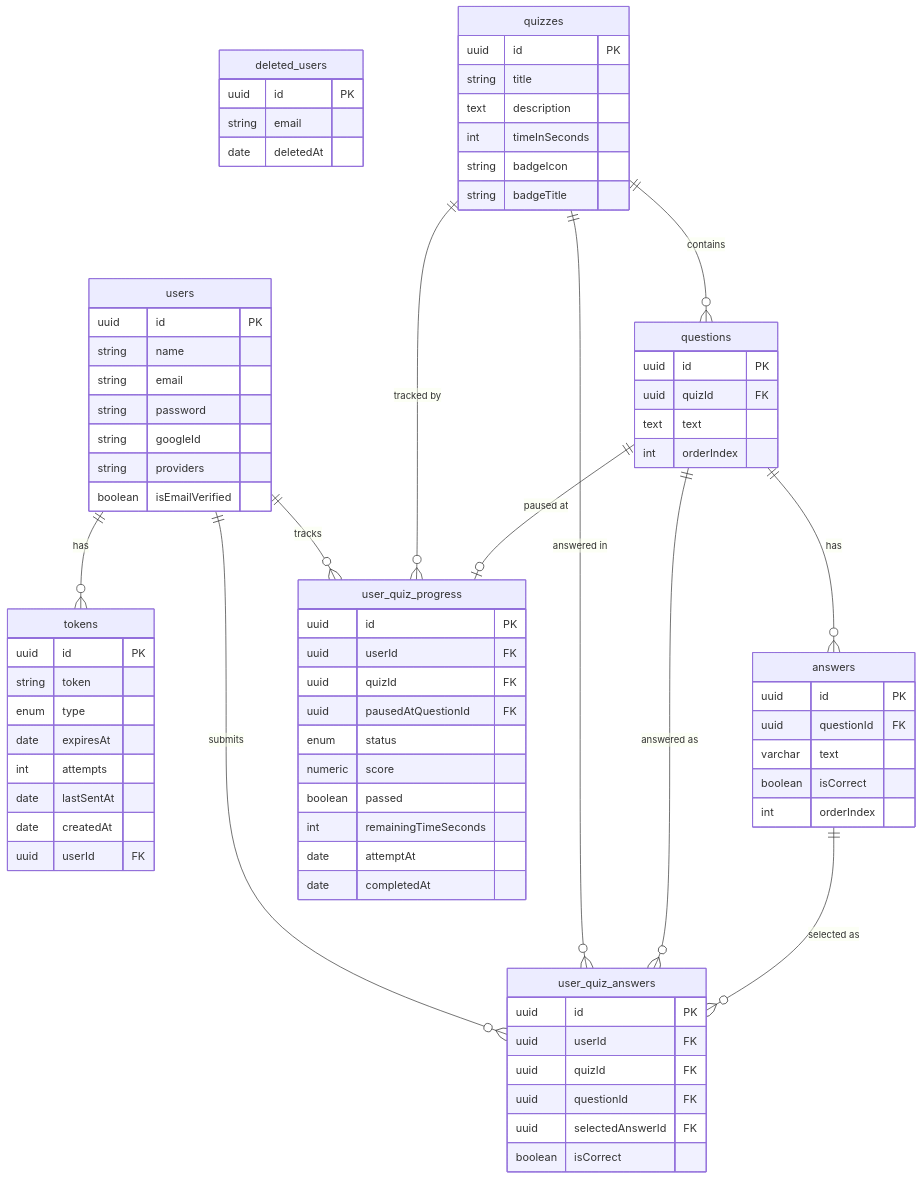
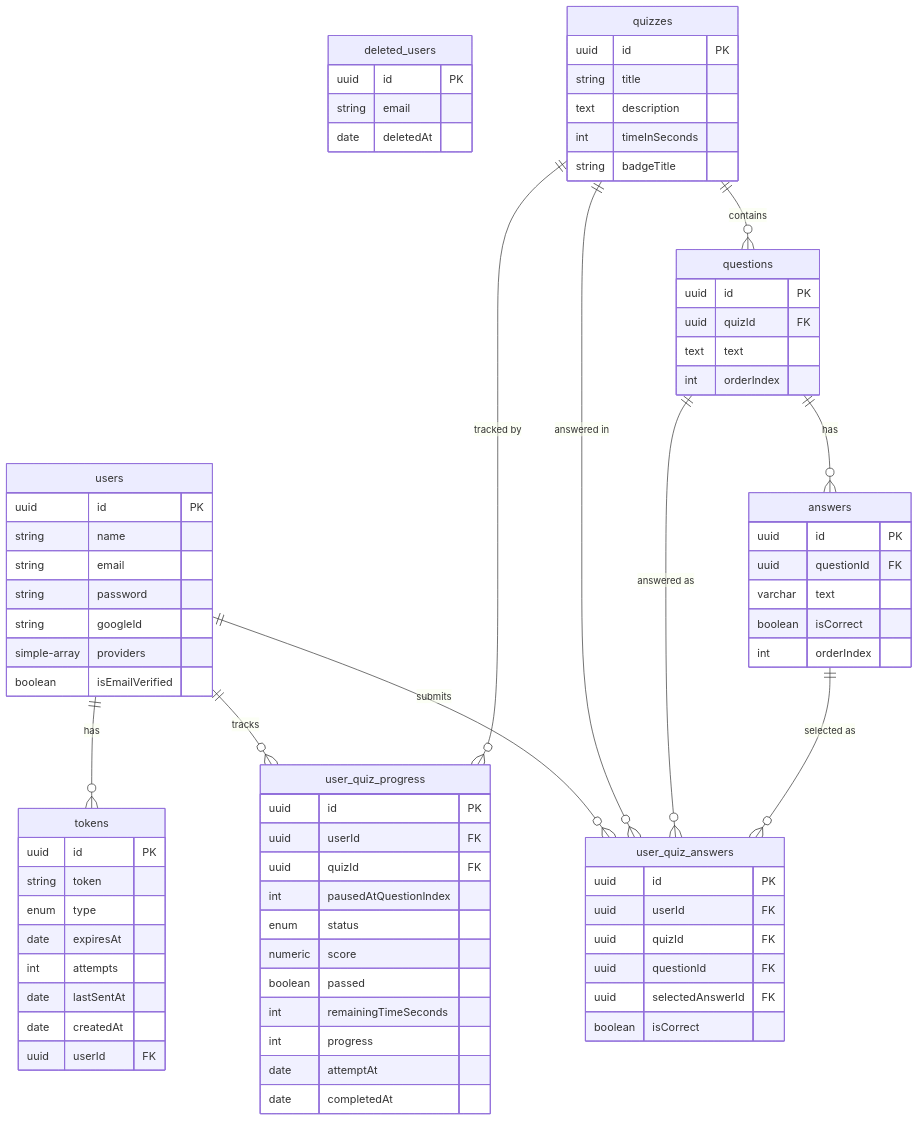
The fifth of 5 diagrams in README.md (Ahmed-Elgammal-900/Quiz-App-Back-End), drawn with Mermaid before and after one commit. The commit also changed other lines of this file and 1 other file, not shown here.

````diff
--- a/README.md
+++ b/README.md
@@ -485,79 +494,78 @@
 ```mermaid
 erDiagram
   users {
     uuid id PK
     string name
     string email
     string password
     string googleId
-    string providers
+    simple-array providers
     boolean isEmailVerified
   }
   tokens {
     uuid id PK
     string token
     enum type
     date expiresAt
     int attempts
     date lastSentAt
     date createdAt
     uuid userId FK
   }
   deleted_users {
     uuid id PK
     string email
     date deletedAt
   }
   quizzes {
     uuid id PK
     string title
     text description
     int timeInSeconds
-    string badgeIcon
     string badgeTitle
   }
   questions {
     uuid id PK
     uuid quizId FK
     text text
     int orderIndex
   }
   answers {
     uuid id PK
     uuid questionId FK
     varchar text
     boolean isCorrect
     int orderIndex
   }
   user_quiz_progress {
     uuid id PK
     uuid userId FK
     uuid quizId FK
-    uuid pausedAtQuestionId FK
+    int pausedAtQuestionIndex
     enum status
     numeric score
     boolean passed
     int remainingTimeSeconds
+    int progress
     date attemptAt
     date completedAt
   }
   user_quiz_answers {
     uuid id PK
     uuid userId FK
     uuid quizId FK
     uuid questionId FK
     uuid selectedAnswerId FK
     boolean isCorrect
   }
 
   users ||--o{ tokens : "has"
   users ||--o{ user_quiz_progress : "tracks"
   users ||--o{ user_quiz_answers : "submits"
   quizzes ||--o{ questions : "contains"
   questions ||--o{ answers : "has"
   quizzes ||--o{ user_quiz_progress : "tracked by"
   quizzes ||--o{ user_quiz_answers : "answered in"
   questions ||--o{ user_quiz_answers : "answered as"
   answers ||--o{ user_quiz_answers : "selected as"
-  questions ||--o| user_quiz_progress : "paused at"
 ```
````
